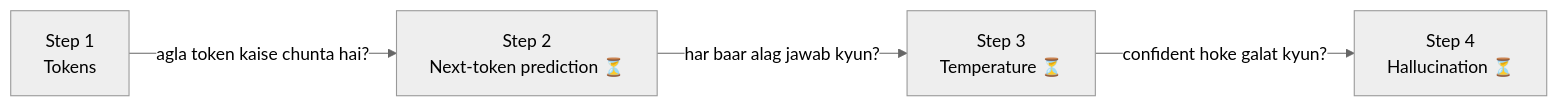
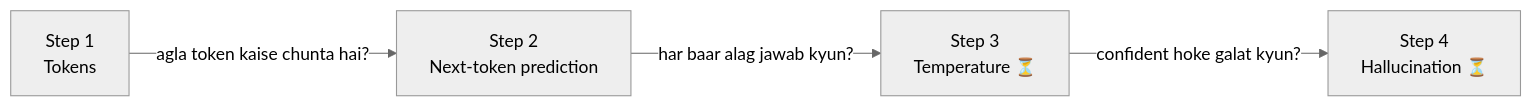
The first of 3 diagrams in 02_how_llms_work/README.md (Adityaguptawebdev/Learning_AI), drawn with Mermaid (neutral theme) before and after one commit. The commit also changed other lines of this file and 2 other files, not shown here.

Commit message:
Chapter 02: step 2 next-token prediction

````diff
--- a/02_how_llms_work/README.md
+++ b/02_how_llms_work/README.md
@@ -5,6 +5,6 @@
 ```mermaid
 flowchart LR
-    S1["Step 1<br/>Tokens"] -->|"agla token kaise chunta hai?"| S2["Step 2<br/>Next-token prediction ⏳"]
+    S1["Step 1<br/>Tokens"] -->|"agla token kaise chunta hai?"| S2["Step 2<br/>Next-token prediction"]
     S2 -->|"har baar alag jawab kyun?"| S3["Step 3<br/>Temperature ⏳"]
     S3 -->|"confident hoke galat kyun?"| S4["Step 4<br/>Hallucination ⏳"]
 ```
````
